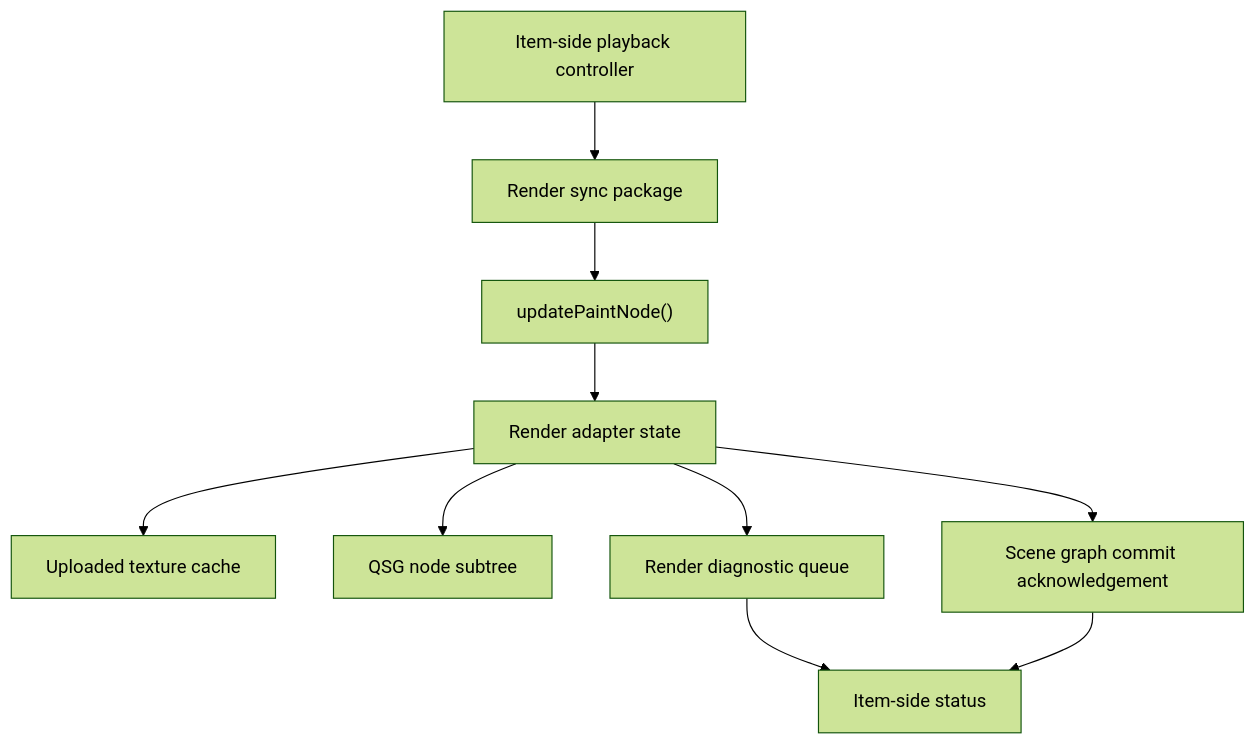
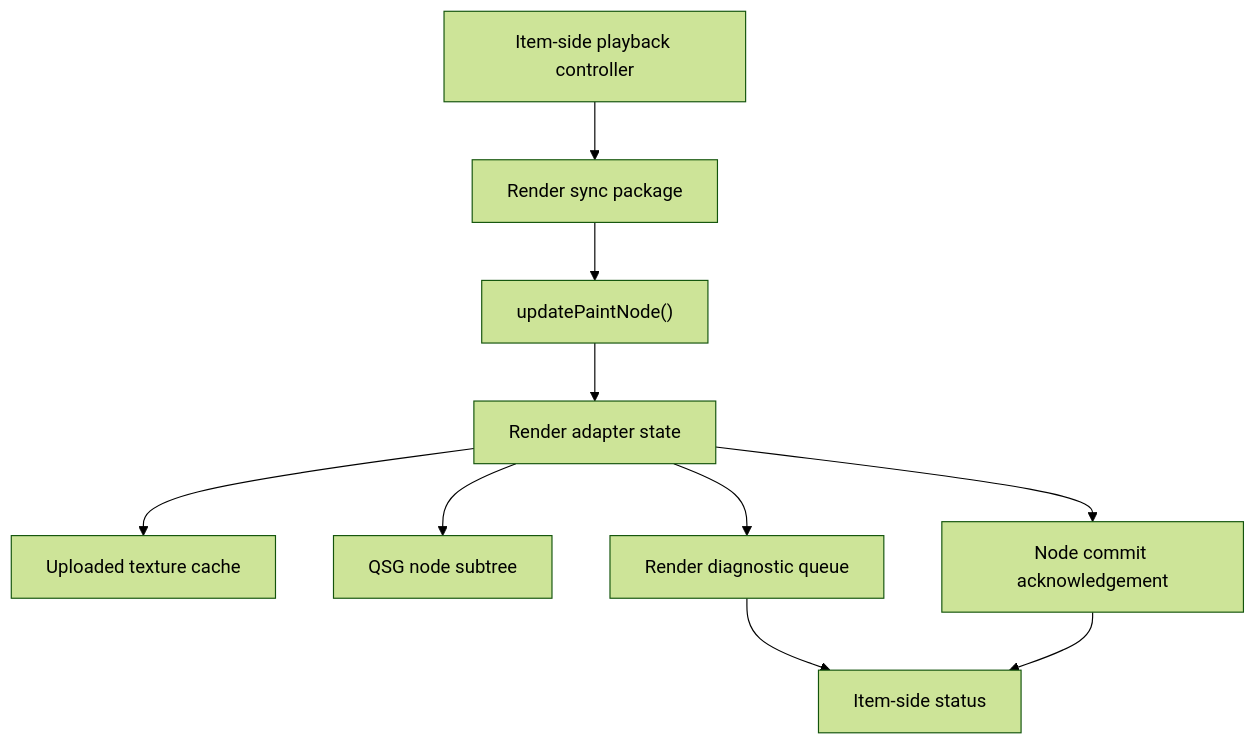
The diagram in docs/architecture/render-adapter-lifecycle.md (hnjae/kiriview), drawn with Mermaid (forest theme) before and after one commit. The commit also changed other lines of this file and 12 other files, not shown here.

First line of the commit message:
docs(imageviewport): consolidate sequence and render contracts

````diff
--- a/docs/architecture/render-adapter-lifecycle.md
+++ b/docs/architecture/render-adapter-lifecycle.md
@@ -7,22 +7,22 @@
 ```mermaid
 flowchart TD
     Controller["Item-side playback controller"]
     Package["Render sync package"]
     Update["updatePaintNode()"]
     Adapter["Render adapter state"]
     Cache["Uploaded texture cache"]
     Node["QSG node subtree"]
     Diagnostics["Render diagnostic queue"]
-    Commit["Scene graph commit acknowledgement"]
+    Commit["Node commit acknowledgement"]
     Status["Item-side status"]
 
     Controller --> Package
     Package --> Update
     Update --> Adapter
     Adapter --> Cache
     Adapter --> Node
     Adapter --> Diagnostics
     Adapter --> Commit
     Diagnostics --> Status
     Commit --> Status
 ```
````
